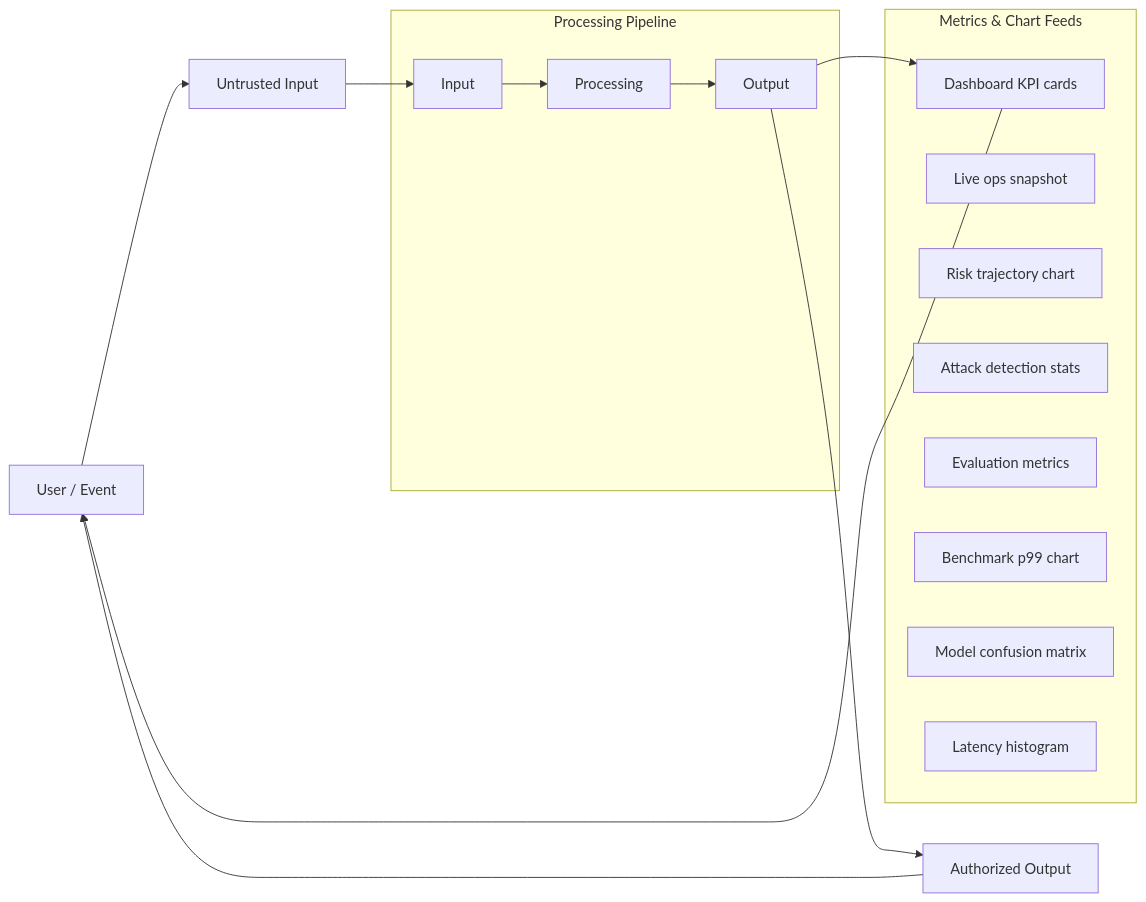
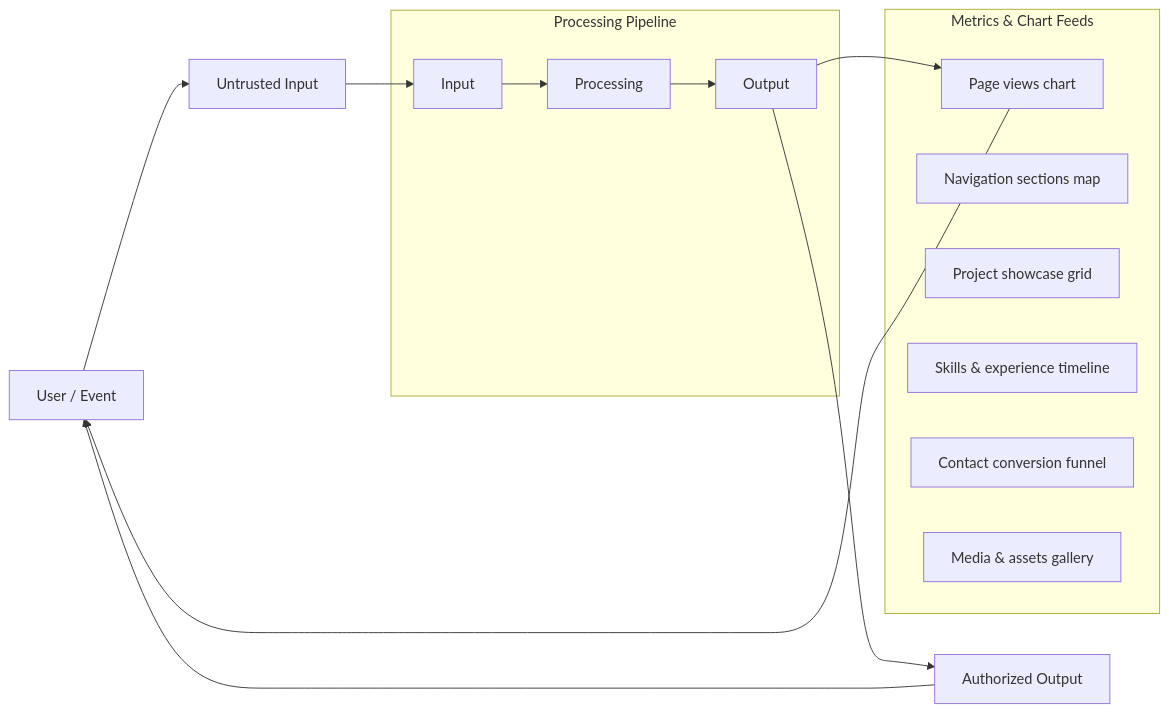
Before and after one commit to Punyamittal/hanix-coin: the second of 4 diagrams in README.md, drawn with Mermaid. The commit also changed other lines of this file, not shown here.

````diff
--- a/README.md
+++ b/README.md
@@ -160,29 +170,27 @@
 ```mermaid
 flowchart LR
     U["User / Event"] --> IN["Untrusted Input"]
 
     subgraph Pipeline["Processing Pipeline"]
         p0["Input"]
         p1["Processing"]
         p2["Output"]
         p0 --> p1
         p1 --> p2
     end
 
     subgraph Metrics["Metrics & Chart Feeds"]
-        dashboard_kpis["Dashboard KPI cards"]
-        ops_snapshot["Live ops snapshot"]
-        risk_trajectory["Risk trajectory chart"]
-        attack_stats["Attack detection stats"]
-        eval_metrics["Evaluation metrics"]
-        benchmark_p99["Benchmark p99 chart"]
-        confusion_matrix["Model confusion matrix"]
-        latency_hist["Latency histogram"]
+        page_views["Page views chart"]
+        nav_sections["Navigation sections map"]
+        project_showcase["Project showcase grid"]
+        skills_timeline["Skills & experience timeline"]
+        contact_funnel["Contact conversion funnel"]
+        media_gallery["Media & assets gallery"]
     end
 
     IN --> p0
     p2 --> OUT["Authorized Output"]
     OUT --> U
-    p2 --> dashboard_kpis
-    dashboard_kpis --> U
+    p2 --> page_views
+    page_views --> U
 ```
````
